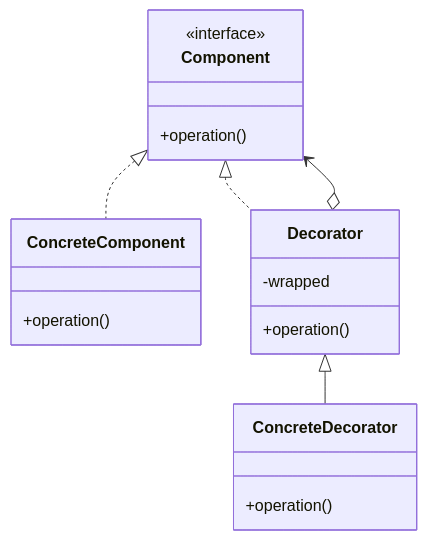
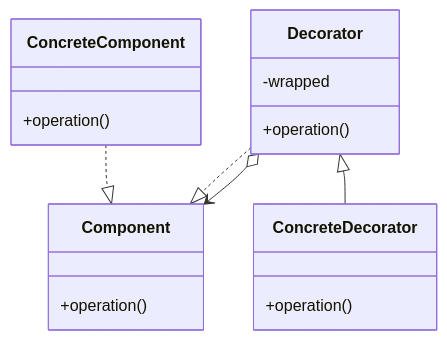
The second of 4 diagrams in IPP/otazky.md (Veselyy/VUT-school), drawn with Mermaid before and after one commit. The commit also changed other lines of this file and 1 other file, not shown here.

Commit message:
refactor: update UML diagrams and improve Mermaid script initialization in study materials

````diff
--- a/IPP/otazky.md
+++ b/IPP/otazky.md
@@ -76,21 +75,20 @@
 ```mermaid
 classDiagram
     class Component {
-        <<interface>>
         +operation()
     }
     class ConcreteComponent {
         +operation()
     }
     class Decorator {
         -wrapped
         +operation()
     }
     class ConcreteDecorator {
         +operation()
     }
-    Component <|.. ConcreteComponent
-    Component <|.. Decorator
+    ConcreteComponent ..|> Component
+    Decorator ..|> Component
     Decorator <|-- ConcreteDecorator
     Decorator o--> Component
 ```
````
